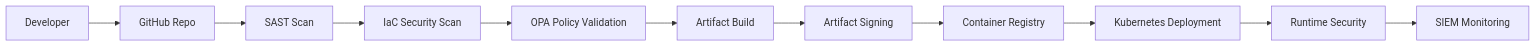
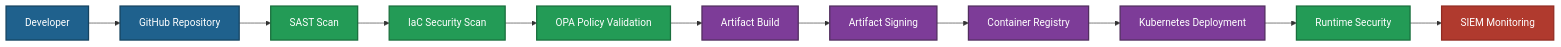
Before and after one commit to mehlekd/sarta-sovereign-cloud-security-lab: the fourth of 4 diagrams in README.md, drawn with Mermaid. The commit also changed other lines of this file, not shown here.

First line of the commit message:
Enhance architecture diagrams and color definitions

````diff
--- a/README.md
+++ b/README.md
@@ -326,18 +410,67 @@
 ```mermaid
 flowchart LR
 
-Dev[Developer] --> GitHub[GitHub Repo]
+%% =====================================================
+%% SOURCE CONTROL
+%% =====================================================
 
-GitHub --> SAST[SAST Scan]
-SAST --> IaC[IaC Security Scan]
-IaC --> OPA[OPA Policy Validation]
-OPA --> Build[Artifact Build]
+Dev["Developer"] --> GitHub["GitHub Repository"]
 
-Build --> Sign[Artifact Signing]
-Sign --> Registry[Container Registry]
+%% =====================================================
+%% SECURITY VALIDATION
+%% =====================================================
 
-Registry --> K8s[Kubernetes Deployment]
+GitHub --> SAST["SAST Scan"]
 
-K8s --> Runtime[Runtime Security]
-Runtime --> SIEM[SIEM Monitoring]
+SAST --> IaC["IaC Security Scan"]
+
+IaC --> OPA["OPA Policy Validation"]
+
+%% =====================================================
+%% BUILD + SIGNING
+%% =====================================================
+
+OPA --> Build["Artifact Build"]
+
+Build --> Sign["Artifact Signing"]
+
+Sign --> Registry["Container Registry"]
+
+%% =====================================================
+%% DEPLOYMENT
+%% =====================================================
+
+Registry --> K8s["Kubernetes Deployment"]
+
+%% =====================================================
+%% RUNTIME SECURITY
+%% =====================================================
+
+K8s --> Runtime["Runtime Security"]
+
+Runtime --> SIEM["SIEM Monitoring"]
+
+%% =====================================================
+%% COLOR DEFINITIONS
+%% =====================================================
+
+classDef source fill:#1f618d,color:#ffffff,stroke:#154360,stroke-width:2px;
+
+classDef security fill:#239b56,color:#ffffff,stroke:#196f3d,stroke-width:2px;
+
+classDef build fill:#7d3c98,color:#ffffff,stroke:#512e5f,stroke-width:2px;
+
+classDef monitoring fill:#b03a2e,color:#ffffff,stroke:#922b21,stroke-width:2px;
+
+%% =====================================================
+%% APPLY COLORS
+%% =====================================================
+
+class Dev,GitHub source;
+
+class SAST,IaC,OPA,Runtime security;
+
+class Build,Sign,Registry,K8s build;
+
+class SIEM monitoring;
 ```
````
